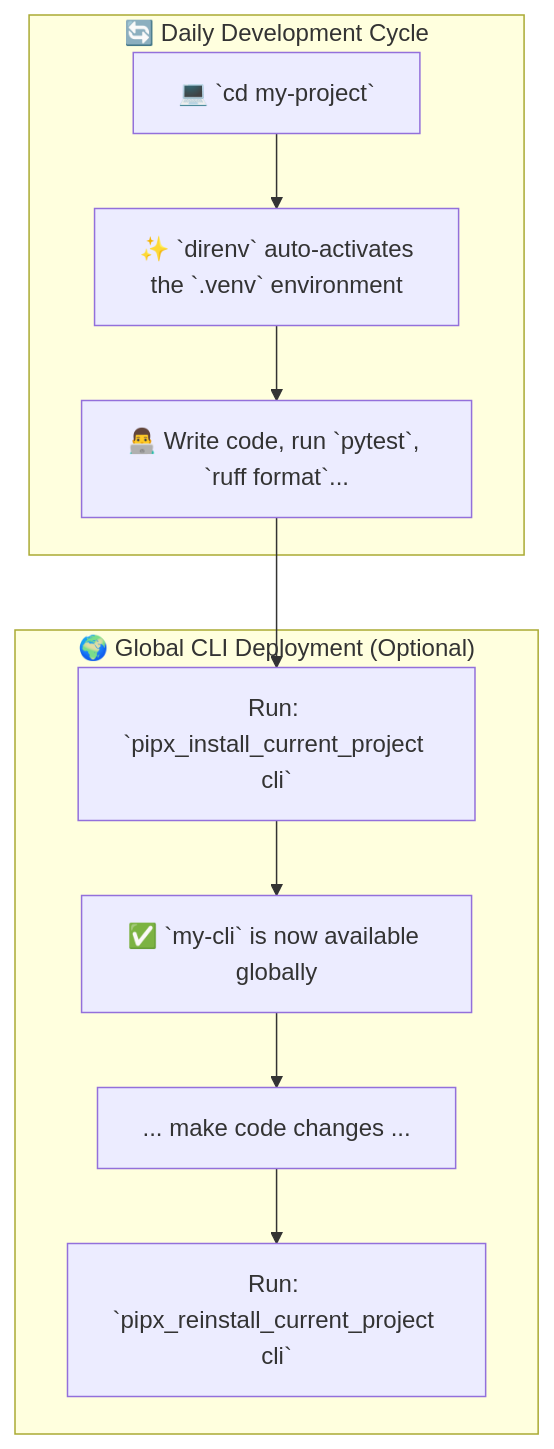
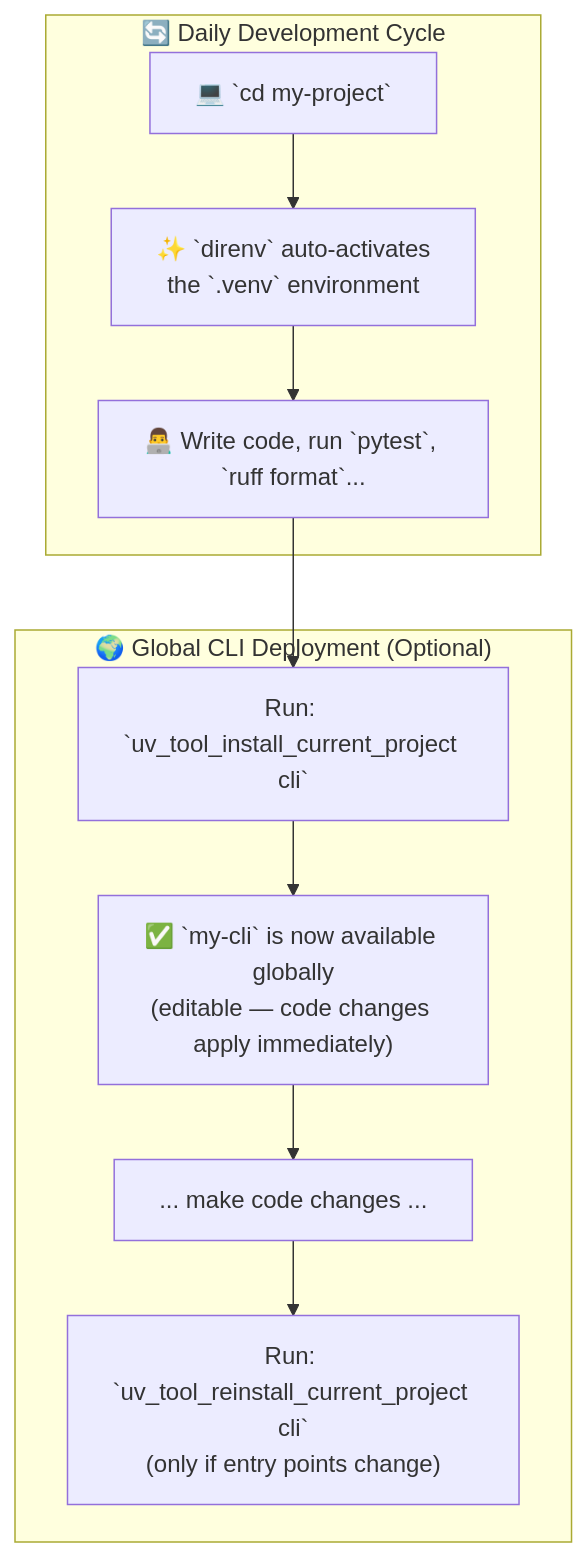
The third of 4 diagrams in README.md (CaptainCodeAU/fifty-shades-of-dotfiles), drawn with Mermaid before and after one commit. The commit also changed other lines of this file and 1 other file, not shown here.

Commit message:
docs: update README and STRUCTURE to reflect pipx→uv tool migration and file consolidation

````diff
--- a/README.md
+++ b/README.md
@@ -294,15 +297,15 @@
 ```mermaid
 graph TD
     subgraph "🔄 Daily Development Cycle"
         A["💻 `cd my-project`"] --> B
         B["✨ `direnv` auto-activates<br>the `.venv` environment"]
         B --> C["👨‍💻 Write code, run `pytest`, `ruff format`..."]
     end
 
     subgraph "🌍 Global CLI Deployment (Optional)"
-        C --> F["Run: `pipx_install_current_project cli`"]
-        F --> G["✅ `my-cli` is now available globally"]
+        C --> F["Run: `uv_tool_install_current_project cli`"]
+        F --> G["✅ `my-cli` is now available globally<br>(editable — code changes apply immediately)"]
         G --> H["... make code changes ..."]
-        H --> I["Run: `pipx_reinstall_current_project cli`"]
+        H --> I["Run: `uv_tool_reinstall_current_project cli`<br>(only if entry points change)"]
     end
 ```
````
